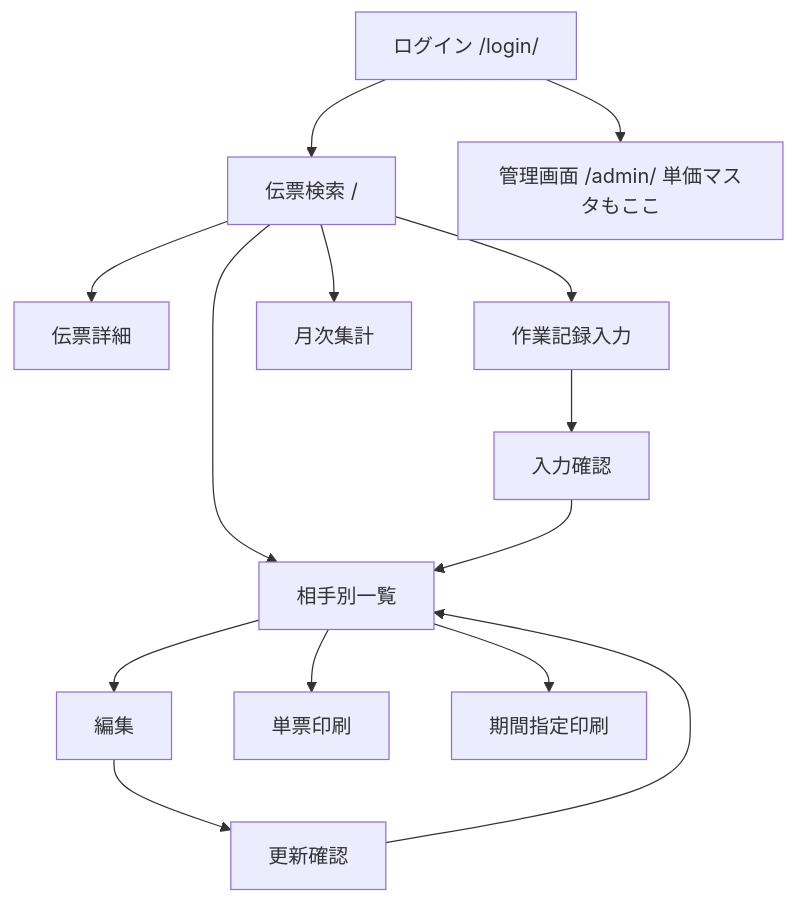
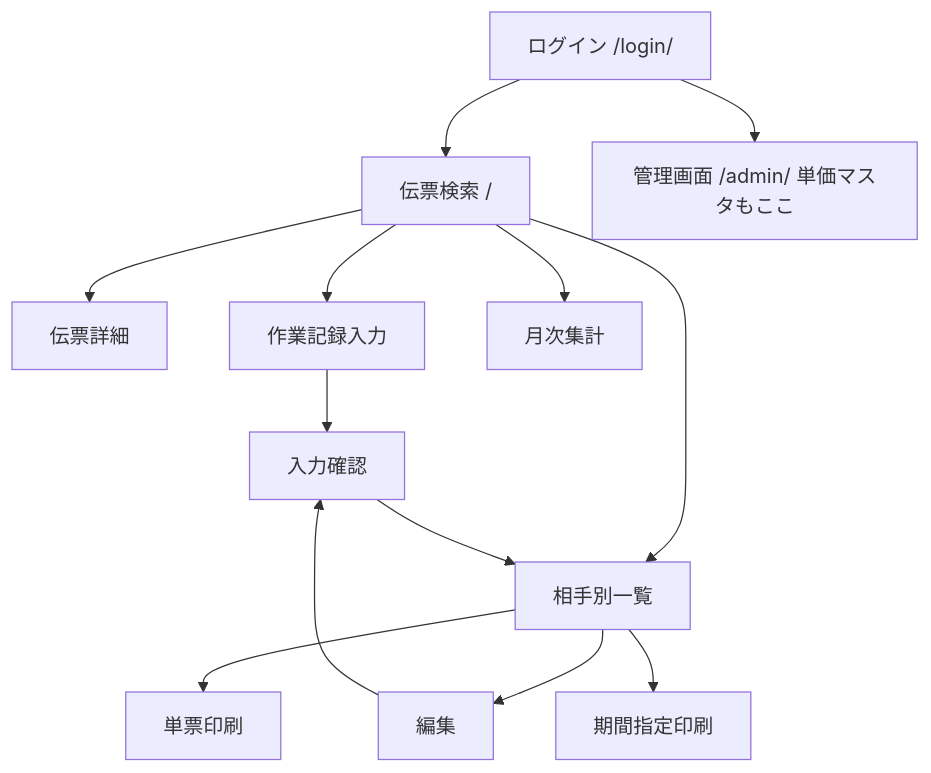
One commit to admin1-creator/workapp changed the third of 3 diagrams in README.md. Above: the diagram before and after it, drawn with Mermaid. The commit also changed other lines of this file and 3 other files, not shown here.

````diff
--- a/README.md
+++ b/README.md
@@ -257,29 +257,27 @@
 ```mermaid
 flowchart TD
     Login[ログイン /login/]
     Search[伝票検索 /]
     Detail[伝票詳細]
     Create[作業記録入力]
     Review[入力確認]
     List[相手別一覧]
     Edit[編集]
-    Confirm[更新確認]
     PrintOne[単票印刷]
     PrintPeriod[期間指定印刷]
     Monthly[月次集計]
     Admin[管理画面 /admin/ 単価マスタもここ]
 
     Login --> Search
     Search --> Detail
     Search --> Create
     Search --> List
     Search --> Monthly
     Create --> Review
     Review --> List
     List --> Edit
     List --> PrintOne
     List --> PrintPeriod
-    Edit --> Confirm
-    Confirm --> List
+    Edit --> Review
     Login --> Admin
 ```
````
